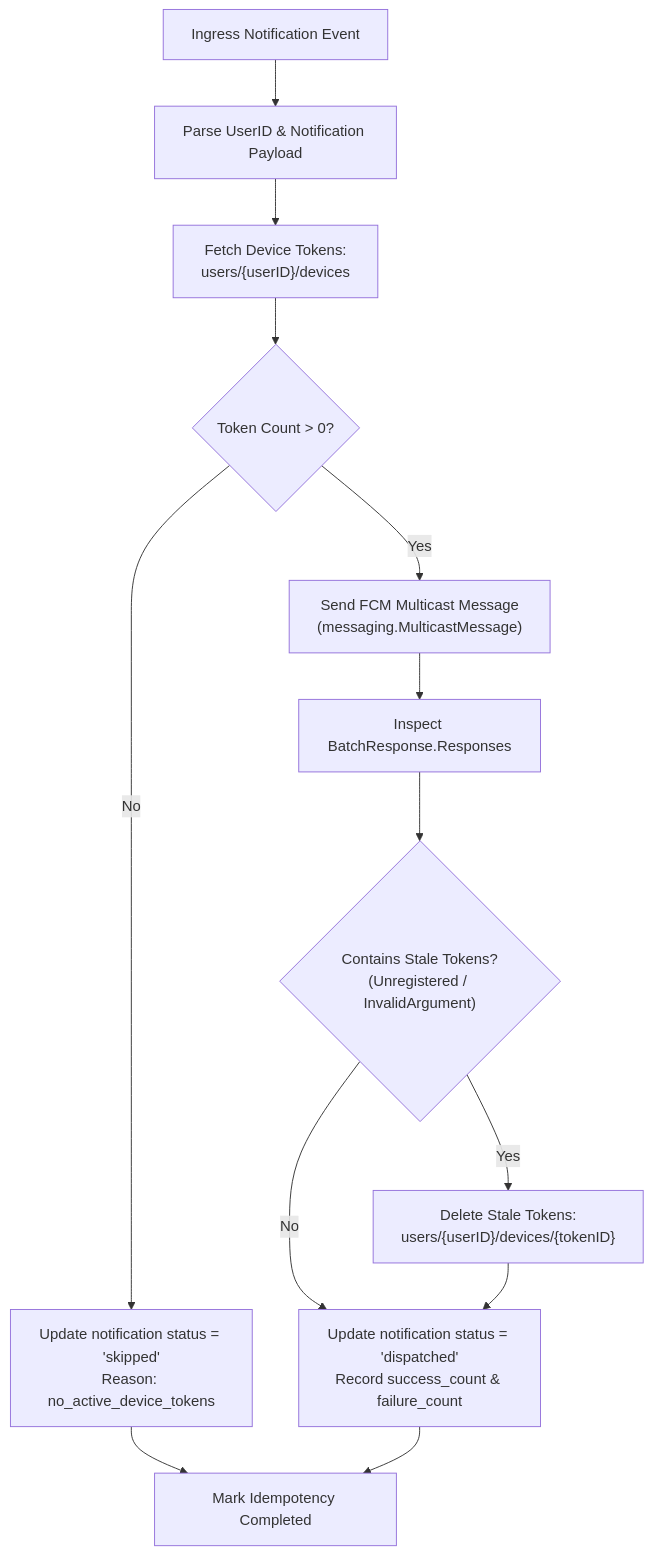
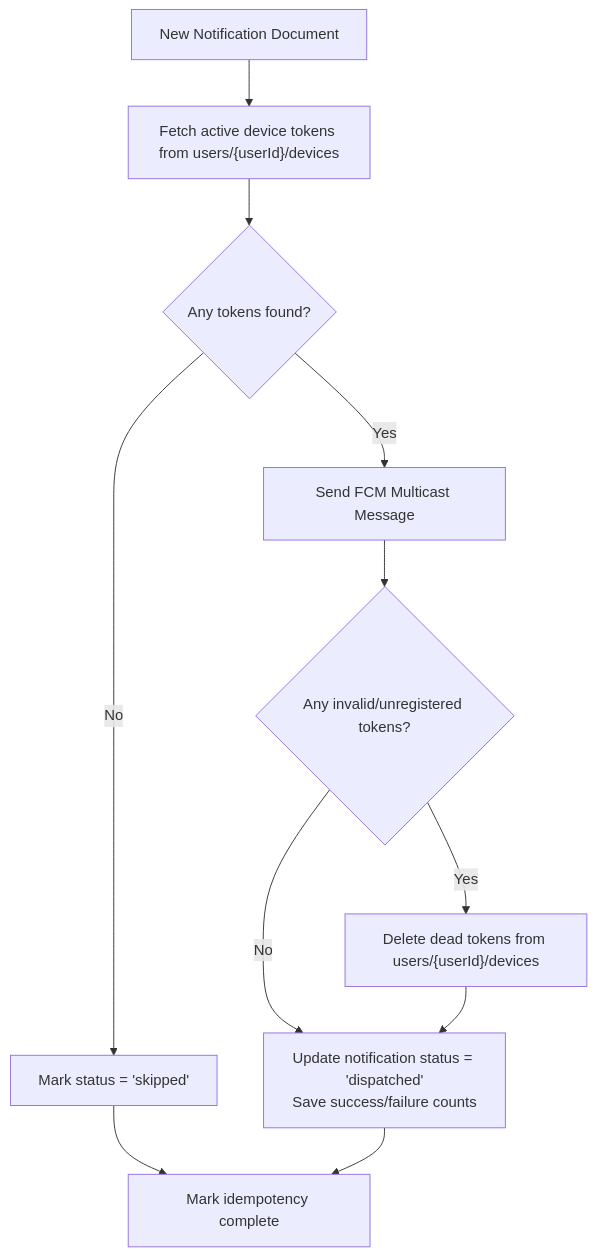
Before and after one commit to vkshdev/klubconnect: the fourth of 4 diagrams in BACKEND_DESIGN.md, drawn with Mermaid. The commit also changed other lines of this file and 1 other file, not shown here.

Commit message:
updated and refactor architecture docs

````diff
--- a/BACKEND_DESIGN.md
+++ b/BACKEND_DESIGN.md
@@ -209,19 +163,16 @@
 ```mermaid
 flowchart TD
-    Start["Ingress Notification Event"] --> ParseDoc["Parse UserID & Notification Payload"]
-    ParseDoc --> FetchTokens["Fetch Device Tokens:\nusers/{userID}/devices"]
-    FetchTokens --> CheckCount{Token Count > 0?}
+    Start["New Notification Document"] --> Fetch["Fetch active device tokens from users/{userId}/devices"]
+    Fetch --> Check{"Any tokens found?"}
     
-    CheckCount -- No --> Skip["Update notification status = 'skipped'\nReason: no_active_device_tokens"]
+    Check -- No --> Skip["Mark status = 'skipped'"]
+    Check -- Yes --> Send["Send FCM Multicast Message"]
     
-    CheckCount -- Yes --> Multicast["Send FCM Multicast Message\n(messaging.MulticastMessage)"]
-    Multicast --> InspectResp["Inspect BatchResponse.Responses"]
+    Send --> CheckErrors{"Any invalid/unregistered tokens?"}
+    CheckErrors -- Yes --> DeleteDead["Delete dead tokens from users/{userId}/devices"]
+    CheckErrors -- No --> Update
+    DeleteDead --> Update["Update notification status = 'dispatched'\nSave success/failure counts"]
     
-    InspectResp --> CheckErrors{"Contains Stale Tokens?\n(Unregistered / InvalidArgument)"}
-    CheckErrors -- Yes --> Prune["Delete Stale Tokens:\nusers/{userID}/devices/{tokenID}"]
-    CheckErrors -- No --> UpdateStatus
-    Prune --> UpdateStatus["Update notification status = 'dispatched'\nRecord success_count & failure_count"]
-    
-    Skip --> Done["Mark Idempotency Completed"]
-    UpdateStatus --> Done
+    Skip --> Done["Mark idempotency complete"]
+    Update --> Done
 ```
````
